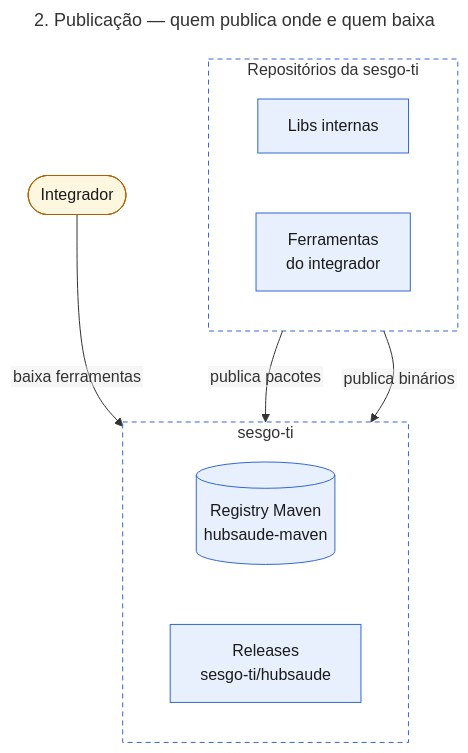
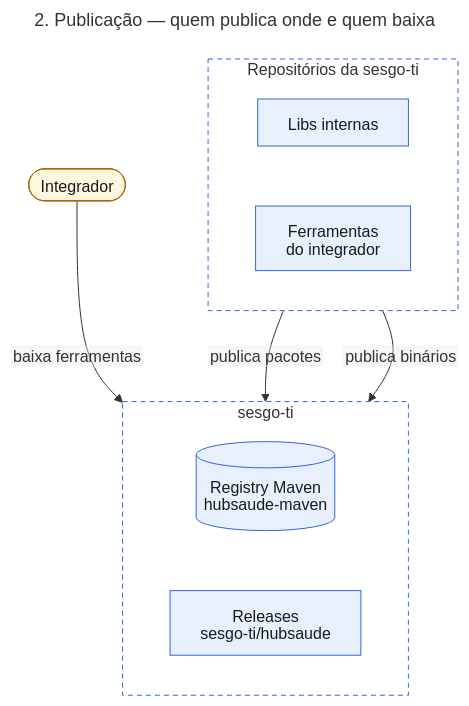
The second of 2 diagrams in README.md (sesgo-ti/.github), drawn with Mermaid before and after one commit. The commit also changed other lines of this file, not shown here.

Commit message:
docs: corrige o texto cortado nos diagramas do README

````diff
--- a/README.md
+++ b/README.md
@@ -31,27 +31,27 @@
 ```mermaid
 ---
 title: 2. Publicação — quem publica onde e quem baixa
 ---
-%%{init: {"flowchart": {"htmlLabels": false, "curve": "basis", "nodeSpacing": 60, "rankSpacing": 70}}}%%
+%%{init: {"htmlLabels": false, "flowchart": {"htmlLabels": false, "wrappingWidth": 400, "curve": "basis", "nodeSpacing": 60, "rankSpacing": 70}}}%%
 flowchart TB
   subgraph REPOS["Repositórios da sesgo-ti"]
     direction LR
     LIB["Libs internas"]
     FER["Ferramentas<br/>do integrador"]
   end
   INT(["Integrador"])
   subgraph SES["sesgo-ti"]
     direction LR
     REG[("Registry Maven<br/>hubsaude-maven")]
     REL["Releases<br/>sesgo-ti/hubsaude"]
   end
   LIB -->|"publica pacotes"| REG
   FER -->|"publica binários"| REL
   INT -->|"baixa ferramentas"| REL
   classDef interno fill:#e8f0fe,stroke:#3367d6,color:#1a1a1a
   classDef pessoa fill:#fef7e0,stroke:#b06000,color:#1a1a1a
   class LIB,FER,REG,REL interno
   class INT pessoa
   style REPOS fill:#ffffff,stroke:#3367d6,stroke-dasharray:5 4
   style SES fill:#ffffff,stroke:#3367d6,stroke-dasharray:5 4
 ```
````
